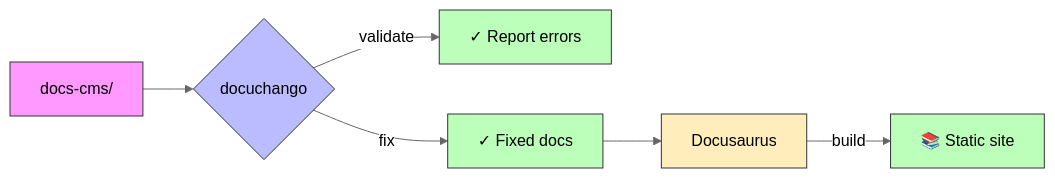
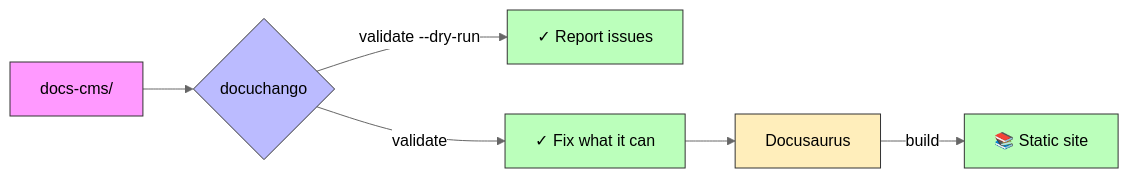
Before and after one commit to jrepp/docuchango: the first of 2 diagrams in README.md, drawn with Mermaid (neutral theme). The commit also changed other lines of this file and 6 other files, not shown here.

````diff
--- a/README.md
+++ b/README.md
@@ -52,15 +52,15 @@
 ```mermaid
 flowchart LR
     A[docs-cms/] --> B{docuchango}
-    B -->|validate| C[✓ Report errors]
-    B -->|fix| D[✓ Fixed docs]
+    B -->|validate --dry-run| C[✓ Report issues]
+    B -->|validate| D[✓ Fix what it can]
     D --> E[Docusaurus]
     E -->|build| F[📚 Static site]
 
     style A fill:#f9f,stroke:#333
     style B fill:#bbf,stroke:#333
     style C fill:#bfb,stroke:#333
     style D fill:#bfb,stroke:#333
     style E fill:#feb,stroke:#333
     style F fill:#bfb,stroke:#333
 ```
````
